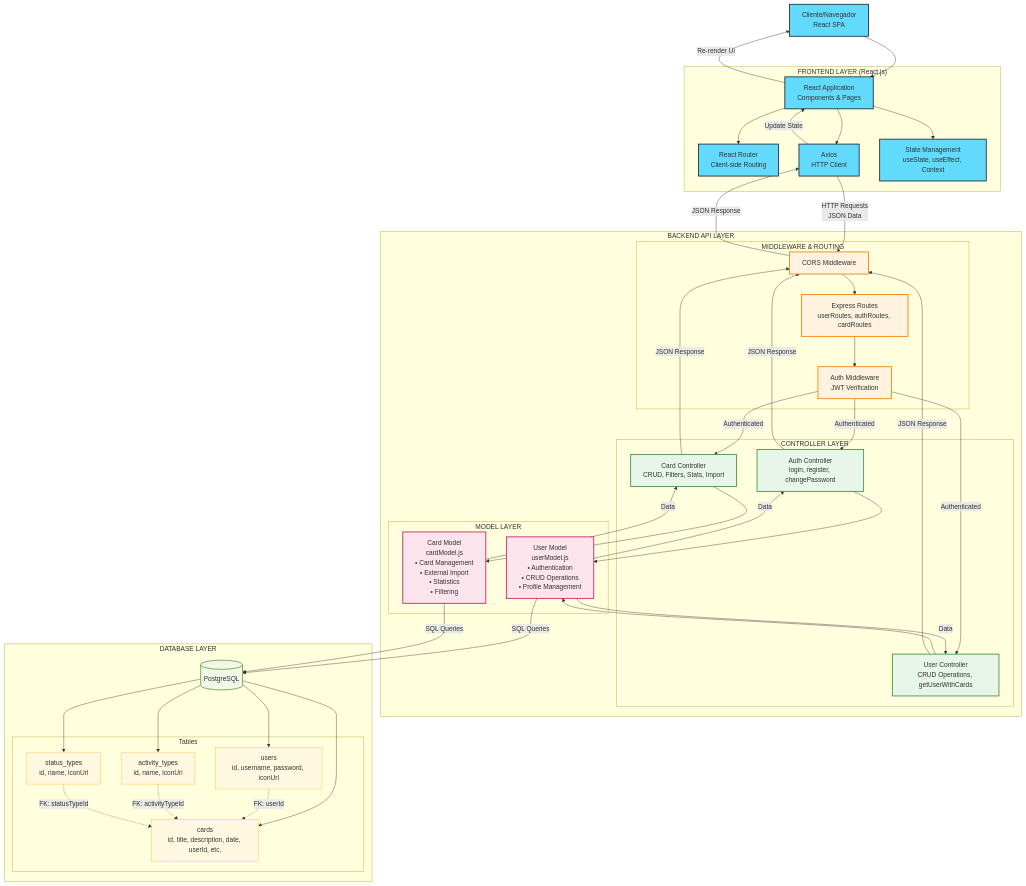
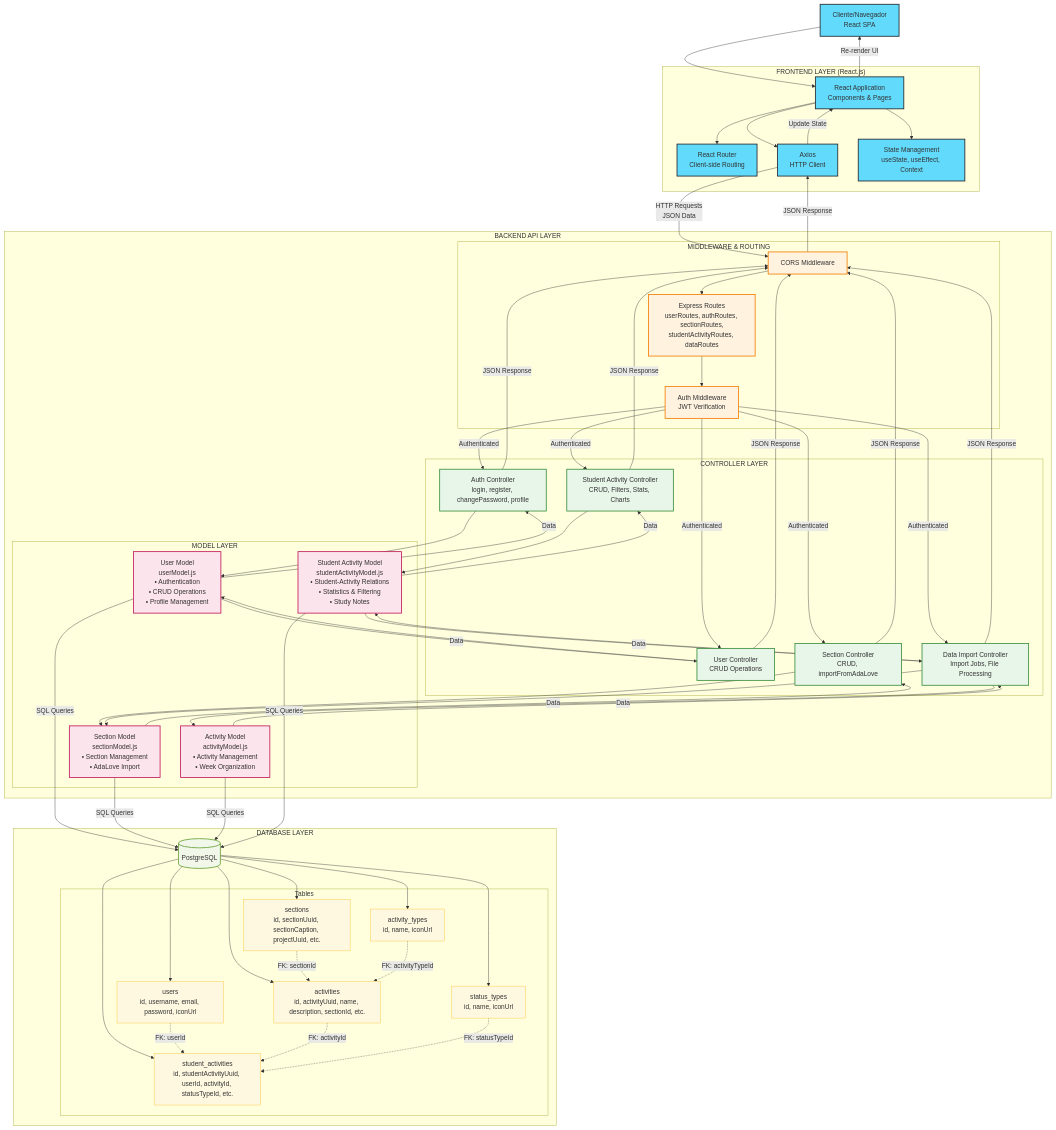
The diagram in documentos/wad.md (Yuhtin/adalove-cards-reimaginated), drawn with Mermaid before and after one commit. The commit also changed other lines of this file and 12 other files, not shown here.

````diff
--- a/documentos/wad.md
+++ b/documentos/wad.md
@@ -132,26 +166,32 @@
         subgraph "MIDDLEWARE & ROUTING"
             CORS[CORS Middleware]
             AuthMiddleware[Auth Middleware<br/>JWT Verification]
-            Routes[Express Routes<br/>userRoutes, authRoutes, cardRoutes]
+            Routes[Express Routes<br/>userRoutes, authRoutes, sectionRoutes,<br/>studentActivityRoutes, dataRoutes]
         end
-        
+
         subgraph "CONTROLLER LAYER"
-            AuthController[Auth Controller<br/>login, register, changePassword]
-            UserController[User Controller<br/>CRUD Operations, getUserWithCards]
-            CardController[Card Controller<br/>CRUD, Filters, Stats, Import]
+            AuthController[Auth Controller<br/>login, register, changePassword, profile]
+            UserController[User Controller<br/>CRUD Operations]
+            SectionController[Section Controller<br/>CRUD, importFromAdaLove]
+            StudentActivityController[Student Activity Controller<br/>CRUD, Filters, Stats, Charts]
+            DataImportController[Data Import Controller<br/>Import Jobs, File Processing]
         end
-        
+
         subgraph "MODEL LAYER"
             UserModel[User Model<br/>userModel.js<br/>• Authentication<br/>• CRUD Operations<br/>• Profile Management]
-            CardModel[Card Model<br/>cardModel.js<br/>• Card Management<br/>• External Import<br/>• Statistics<br/>• Filtering]
+            SectionModel[Section Model<br/>sectionModel.js<br/>• Section Management<br/>• AdaLove Import]
+            ActivityModel[Activity Model<br/>activityModel.js<br/>• Activity Management<br/>• Week Organization]
+            StudentActivityModel[Student Activity Model<br/>studentActivityModel.js<br/>• Student-Activity Relations<br/>• Statistics & Filtering<br/>• Study Notes]
         end
     end
     
     subgraph "DATABASE LAYER"
         DB[(PostgreSQL)]
         subgraph "Tables"
-            Users[users<br/>id, username, password, iconUrl]
-            Cards[cards<br/>id, title, description, date, userId, etc.]
+            Users[users<br/>id, username, email, password, iconUrl]
+            Sections[sections<br/>id, sectionUuid, sectionCaption, projectUuid, etc.]
+            Activities[activities<br/>id, activityUuid, name, description, sectionId, etc.]
+            StudentActivities[student_activities<br/>id, studentActivityUuid, userId, activityId, statusTypeId, etc.]
             ActivityTypes[activity_types<br/>id, name, iconUrl]
             StatusTypes[status_types<br/>id, name, iconUrl]
         end
@@ -168,31 +208,48 @@
     
     AuthMiddleware -->|Authenticated| AuthController
     AuthMiddleware -->|Authenticated| UserController
-    AuthMiddleware -->|Authenticated| CardController
-    
+    AuthMiddleware -->|Authenticated| SectionController
+    AuthMiddleware -->|Authenticated| StudentActivityController
+    AuthMiddleware -->|Authenticated| DataImportController
+
     AuthController --> UserModel
     UserController --> UserModel
-    CardController --> CardModel
-    
+    SectionController --> SectionModel
+    StudentActivityController --> StudentActivityModel
+    DataImportController --> SectionModel
+    DataImportController --> ActivityModel
+    DataImportController --> StudentActivityModel
+
     UserModel -->|SQL Queries| DB
-    CardModel -->|SQL Queries| DB
-    
+    SectionModel -->|SQL Queries| DB
+    ActivityModel -->|SQL Queries| DB
+    StudentActivityModel -->|SQL Queries| DB
+
     DB --> Users
-    DB --> Cards
+    DB --> Sections
+    DB --> Activities
+    DB --> StudentActivities
     DB --> ActivityTypes
     DB --> StatusTypes
     
-    Users -.->|FK: userId| Cards
-    ActivityTypes -.->|FK: activityTypeId| Cards
-    StatusTypes -.->|FK: statusTypeId| Cards
+    Users -.->|FK: userId| StudentActivities
+    Sections -.->|FK: sectionId| Activities
+    Activities -.->|FK: activityId| StudentActivities
+    ActivityTypes -.->|FK: activityTypeId| Activities
+    StatusTypes -.->|FK: statusTypeId| StudentActivities
     
     UserModel -->|Data| UserController
-    CardModel -->|Data| CardController
     UserModel -->|Data| AuthController
-    
+    SectionModel -->|Data| SectionController
+    ActivityModel -->|Data| DataImportController
+    StudentActivityModel -->|Data| StudentActivityController
+    StudentActivityModel -->|Data| DataImportController
+
     AuthController -->|JSON Response| CORS
     UserController -->|JSON Response| CORS
-    CardController -->|JSON Response| CORS
+    SectionController -->|JSON Response| CORS
+    StudentActivityController -->|JSON Response| CORS
+    DataImportController -->|JSON Response| CORS
     
     CORS -->|JSON Response| Axios
     Axios -->|Update State| ReactApp
@@ -207,8 +264,8 @@
     
     class Browser,ReactApp,ReactRouter,Axios,State frontend
     class CORS,AuthMiddleware,Routes middleware
-    class AuthController,UserController,CardController controller
-    class UserModel,CardModel model
+    class AuthController,UserController,SectionController,StudentActivityController,DataImportController controller
+    class UserModel,SectionModel,ActivityModel,StudentActivityModel model
     class DB database
-    class Users,Cards,ActivityTypes,StatusTypes table
+    class Users,Sections,Activities,StudentActivities,ActivityTypes,StatusTypes table
 ```
````
